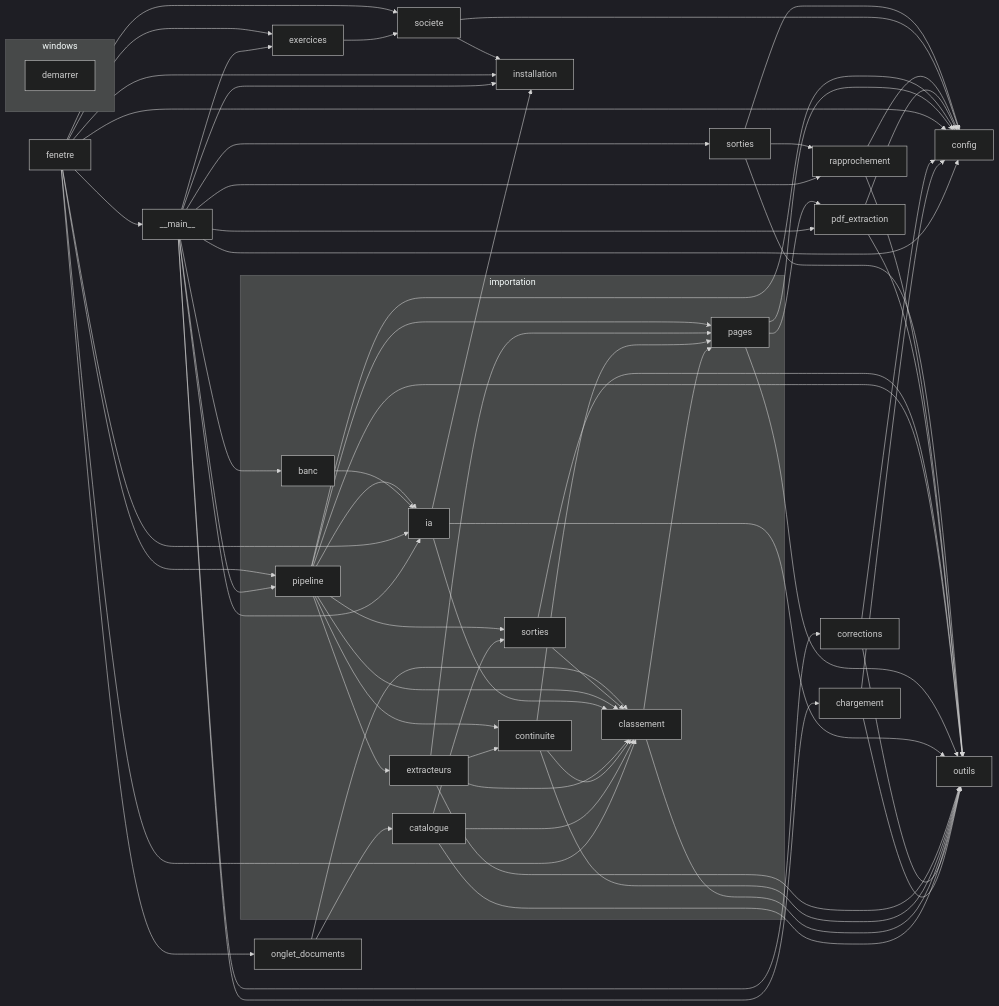
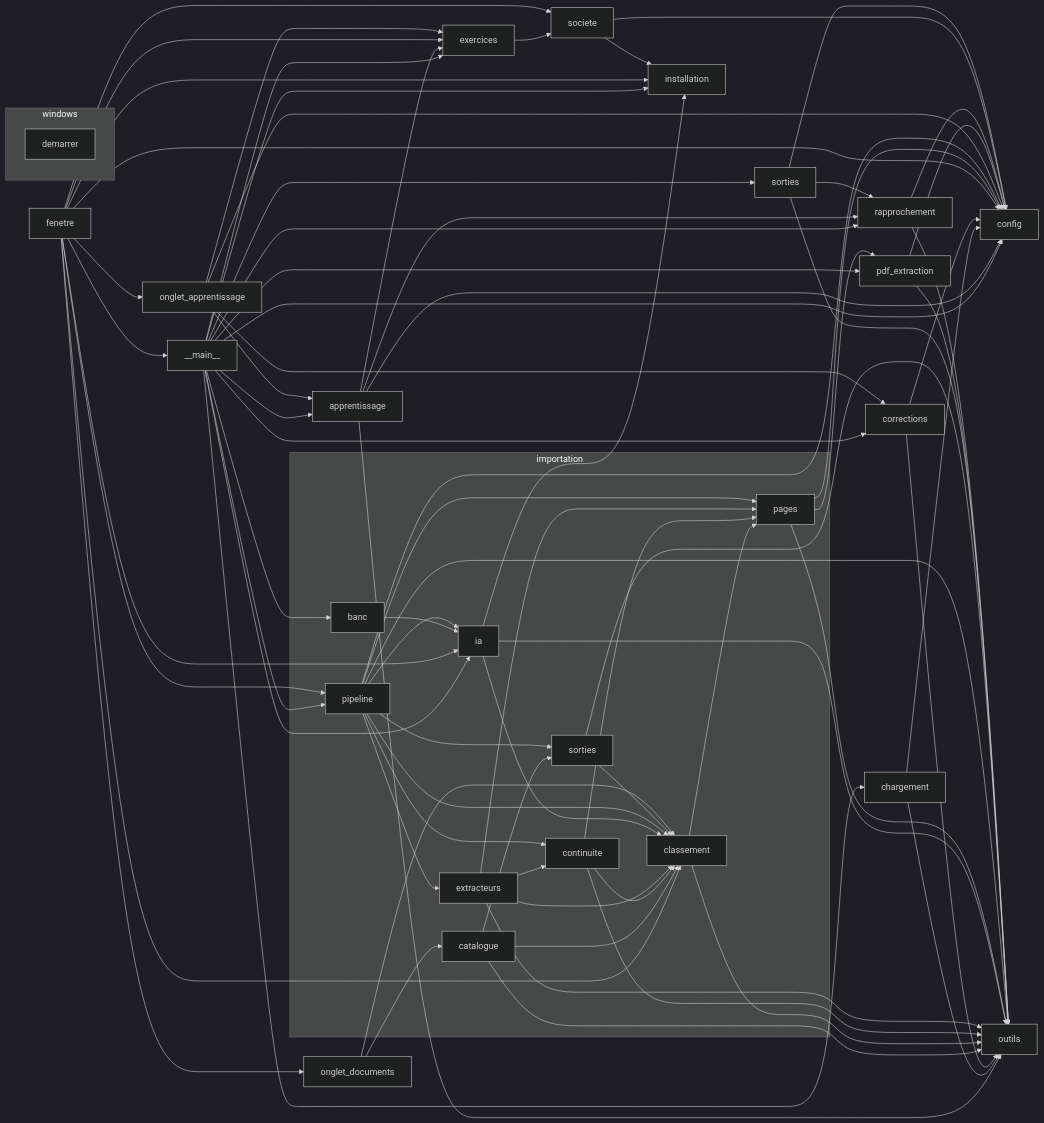
Before and after one commit to vsantacroce/Reconsigliere: the diagram in docs/carte.md, drawn with Mermaid (dark theme). The commit also changed other lines of this file and 16 other files, not shown here.

````diff
--- a/docs/carte.md
+++ b/docs/carte.md
@@ -7,12 +7,14 @@
 ```mermaid
 flowchart LR
   m___main__["__main__"]
+  m_apprentissage["apprentissage"]
   m_chargement["chargement"]
   m_config["config"]
   m_corrections["corrections"]
   m_exercices["exercices"]
   m_fenetre["fenetre"]
   m_installation["installation"]
+  m_onglet_apprentissage["onglet_apprentissage"]
   m_onglet_documents["onglet_documents"]
   m_outils["outils"]
   m_pdf_extraction["pdf_extraction"]
@@ -33,6 +35,7 @@
   subgraph windows
   m_windows__demarrer["demarrer"]
   end
+  m___main__ --> m_apprentissage
   m___main__ --> m_chargement
   m___main__ --> m_config
   m___main__ --> m_corrections
@@ -44,6 +47,10 @@
   m___main__ --> m_pdf_extraction
   m___main__ --> m_rapprochement
   m___main__ --> m_sorties
+  m_apprentissage --> m_config
+  m_apprentissage --> m_exercices
+  m_apprentissage --> m_outils
+  m_apprentissage --> m_rapprochement
   m_chargement --> m_config
   m_chargement --> m_outils
   m_corrections --> m_config
@@ -56,6 +63,7 @@
   m_fenetre --> m_importation__ia
   m_fenetre --> m_importation__pipeline
   m_fenetre --> m_installation
+  m_fenetre --> m_onglet_apprentissage
   m_fenetre --> m_onglet_documents
   m_fenetre --> m_societe
   m_importation__banc --> m_importation__ia
@@ -87,6 +95,10 @@
   m_importation__pipeline --> m_outils
   m_importation__sorties --> m_importation__classement
   m_importation__sorties --> m_outils
+  m_onglet_apprentissage --> m_apprentissage
+  m_onglet_apprentissage --> m_config
+  m_onglet_apprentissage --> m_corrections
+  m_onglet_apprentissage --> m_exercices
   m_onglet_documents --> m_importation__catalogue
   m_onglet_documents --> m_importation__classement
   m_pdf_extraction --> m_config
````
